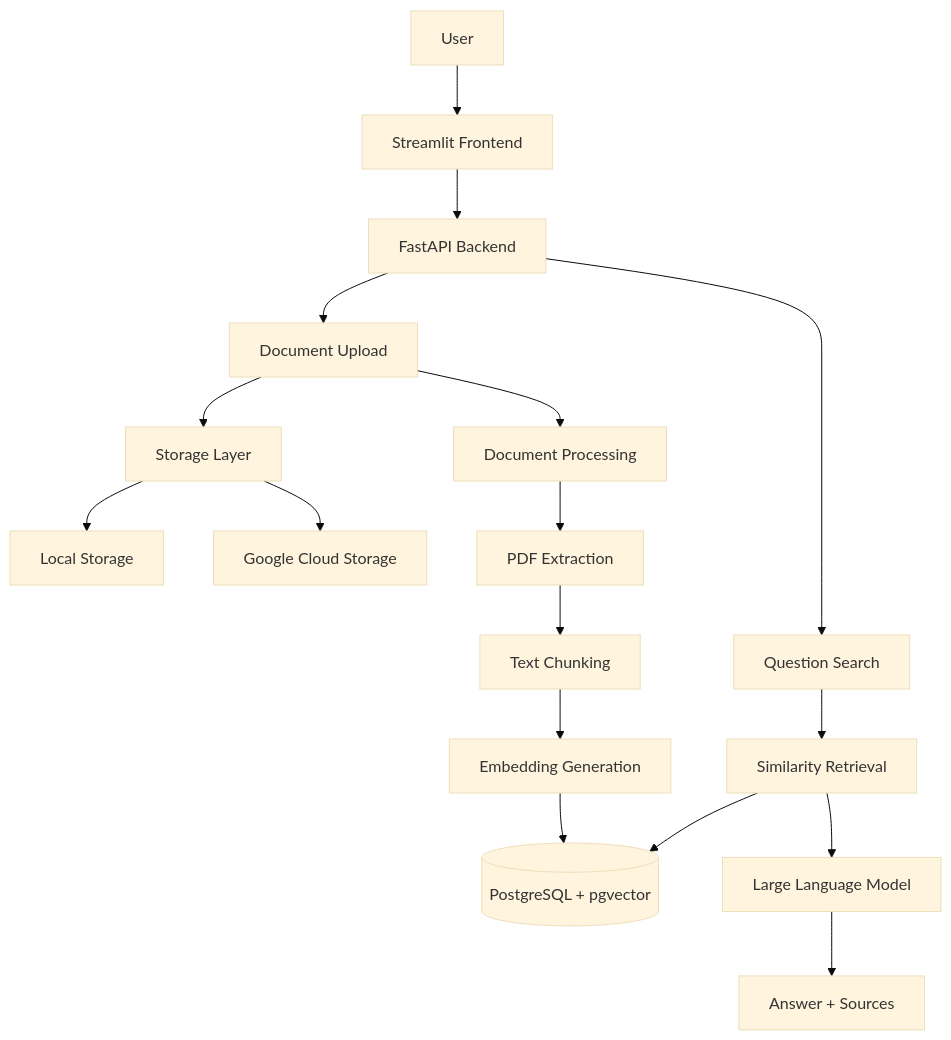
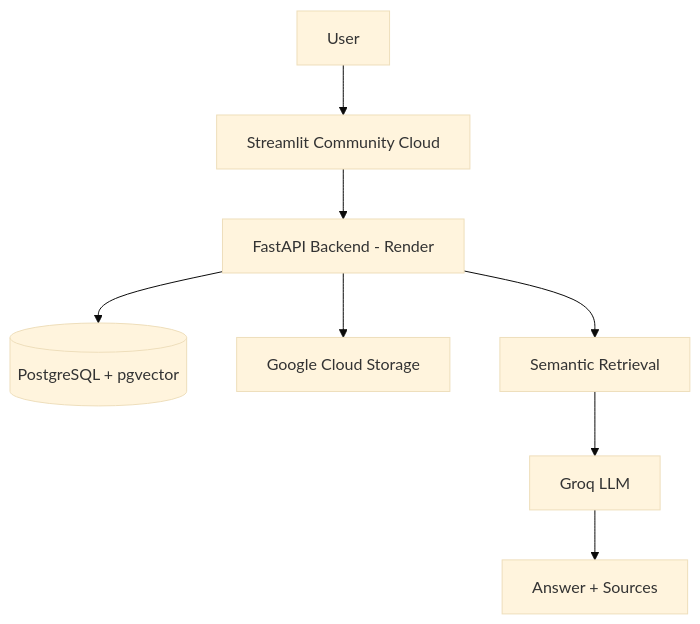
The diagram in README.md (RitaAse/ai-knowledge-assistant), drawn with Mermaid (base theme) before and after one commit. The commit also changed other lines of this file and 6 other files, not shown here.

````diff
--- a/README.md
+++ b/README.md
@@ -193,41 +152,19 @@
 ```mermaid
 flowchart TD
 
     User[User]
 
-    User --> Frontend[Streamlit Frontend]
+    User --> Frontend[Streamlit Community Cloud]
 
-    Frontend --> API[FastAPI Backend]
+    Frontend --> Backend[FastAPI Backend - Render]
 
-    API --> Upload[Document Upload]
+    Backend --> Database[(PostgreSQL + pgvector)]
 
-    API --> Search[Question Search]
+    Backend --> Storage[Google Cloud Storage]
 
+    Backend --> Retrieval[Semantic Retrieval]
 
-    Upload --> Storage[Storage Layer]
-
-    Storage --> Local[Local Storage]
-
-    Storage --> Cloud[Google Cloud Storage]
-
-
-    Upload --> Processor[Document Processing]
-
-
-    Processor --> Extract[PDF Extraction]
-
-    Extract --> Chunk[Text Chunking]
-
-    Chunk --> Embedding[Embedding Generation]
-
-    Embedding --> Database[(PostgreSQL + pgvector)]
-
-
-    Search --> Retrieval[Similarity Retrieval]
-
-    Retrieval --> Database
-
-    Retrieval --> LLM[Large Language Model]
+    Retrieval --> LLM[Groq LLM]
 
     LLM --> Response[Answer + Sources]
 ```
````
